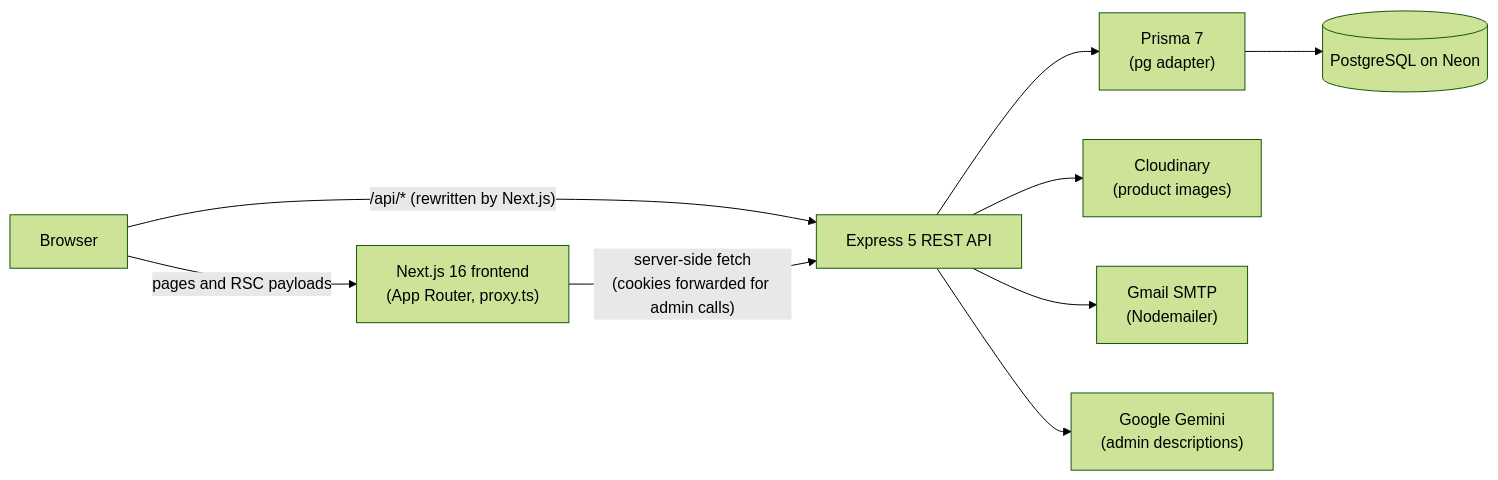
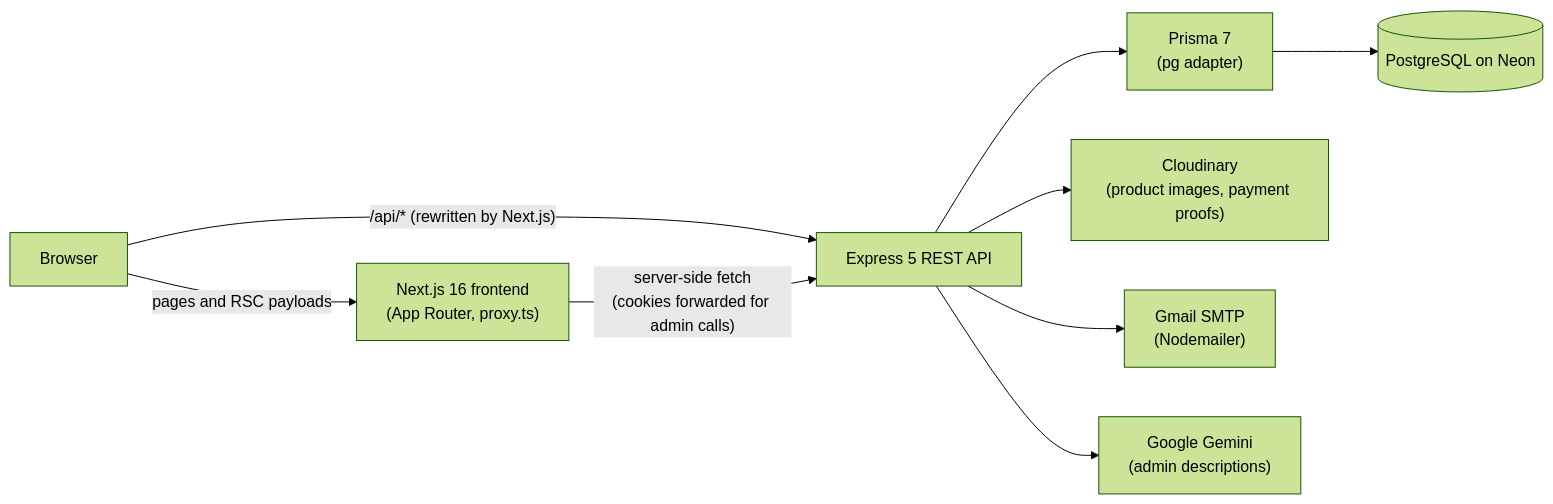
The first of 2 diagrams in README.md (mussadiqkhan6886/lifestyle), drawn with Mermaid (forest theme) before and after one commit. The commit also changed other lines of this file, not shown here.

````diff
--- a/README.md
+++ b/README.md
@@ -179,19 +193,19 @@
 ```mermaid
 flowchart LR
     Browser["Browser"]
     Next["Next.js 16 frontend<br/>(App Router, proxy.ts)"]
     API["Express 5 REST API"]
     Prisma["Prisma 7<br/>(pg adapter)"]
     DB[("PostgreSQL on Neon")]
-    Cloud["Cloudinary<br/>(product images)"]
+    Cloud["Cloudinary<br/>(product images, payment proofs)"]
     Mail["Gmail SMTP<br/>(Nodemailer)"]
     Gemini["Google Gemini<br/>(admin descriptions)"]
 
     Browser -->|"pages and RSC payloads"| Next
     Browser -->|"/api/* (rewritten by Next.js)"| API
     Next -->|"server-side fetch<br/>(cookies forwarded for admin calls)"| API
     API --> Prisma --> DB
     API --> Cloud
     API --> Mail
     API --> Gemini
 ```
````
